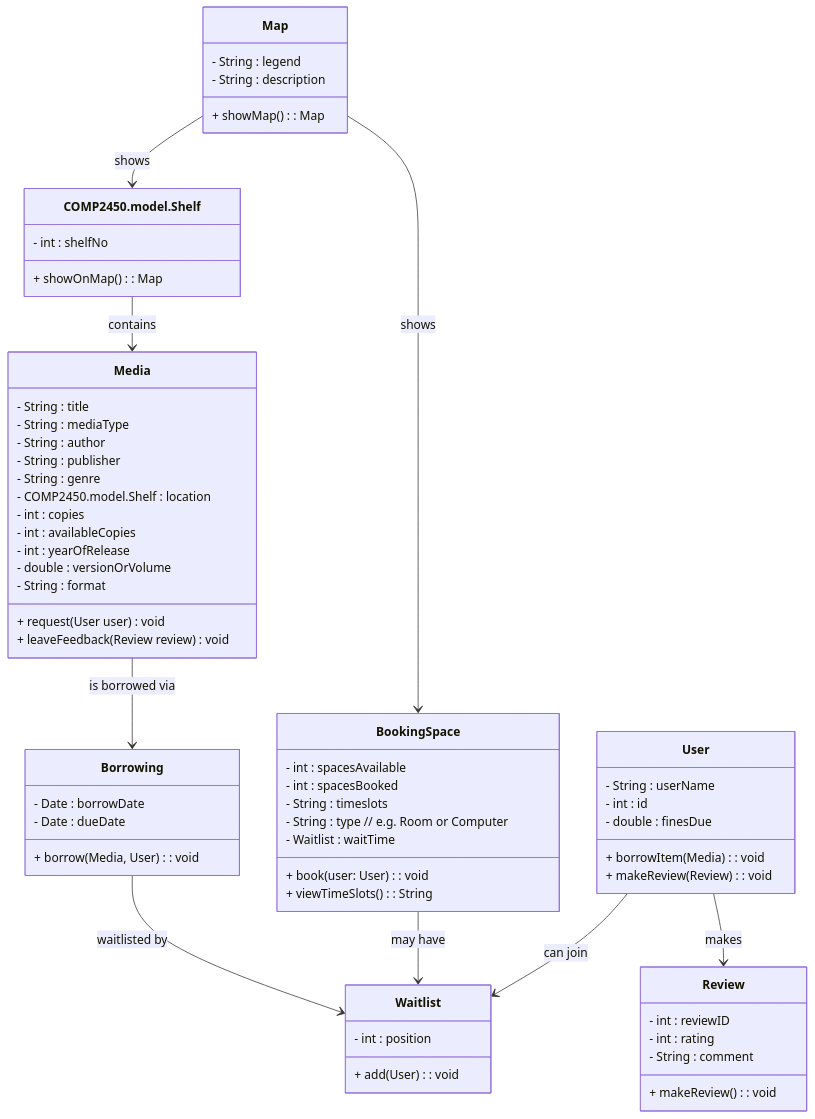
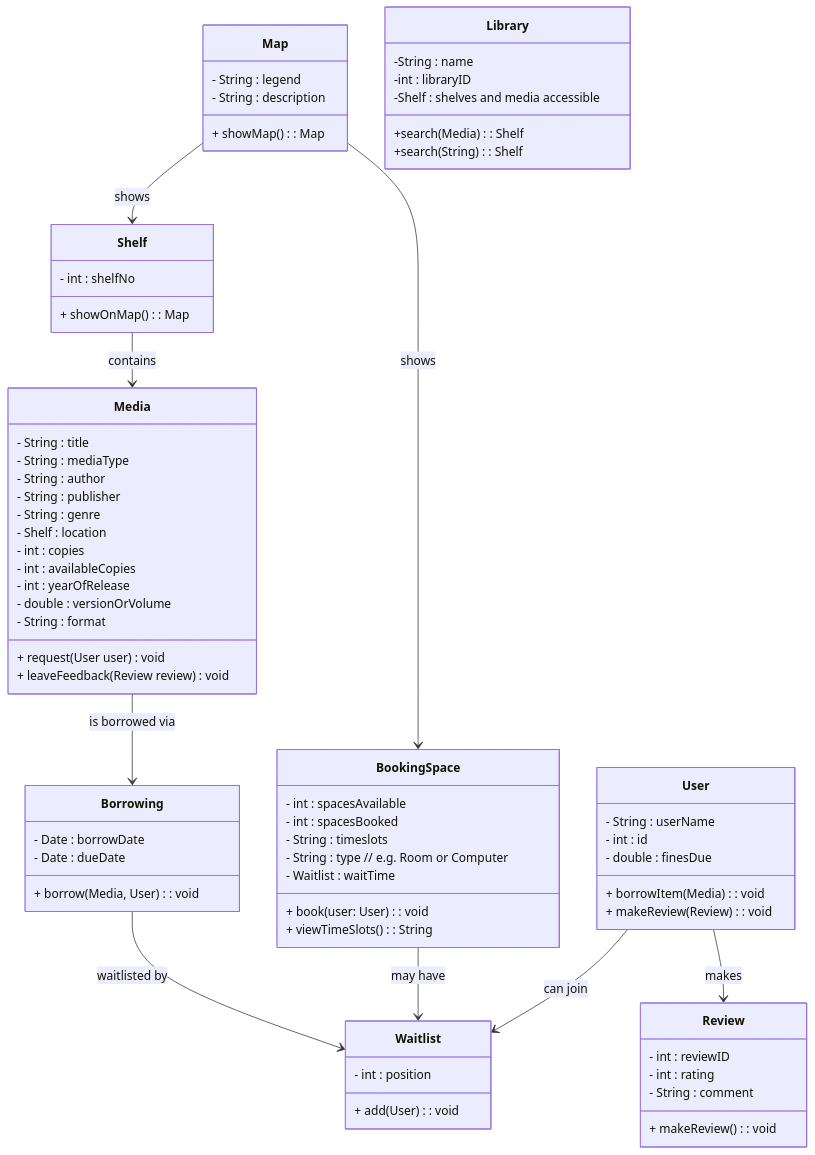
One commit to MoulikB/LibraryManagement changed the diagram in README.md. Above: the diagram before and after it, drawn with Mermaid. The commit also changed 20 other files, not shown here.

````diff
--- a/README.md
+++ b/README.md
@@ -26,7 +26,7 @@
     - String : author
     - String : publisher
     - String : genre
-    - COMP2450.model.Shelf : location
+    - Shelf : location
     - int : copies
     - int : availableCopies
     - int : yearOfRelease
@@ -36,7 +36,7 @@
     + leaveFeedback(Review review) void
 }
 
-class COMP2450.model.Shelf{
+class Shelf{
     - int : shelfNo
     + showOnMap() : Map
     }
@@ -83,13 +83,22 @@
     + showMap(): Map
 }
 
-COMP2450.model.Shelf --> Media : contains
+class Library {
+    -String : name
+    -int : libraryID
+    -Shelf : shelves and media accessible
+    +search(Media) : Shelf
+    +search(String) : Shelf
+    
+}
+
+Shelf --> Media : contains
 Media --> Borrowing : is borrowed via
 User --> Review : makes
 Borrowing --> Waitlist : waitlisted by
 BookingSpace --> Waitlist : may have
 User --> Waitlist : can join
-Map --> COMP2450.model.Shelf : shows
+Map --> Shelf : shows
 Map --> BookingSpace : shows
 
 ```
````
